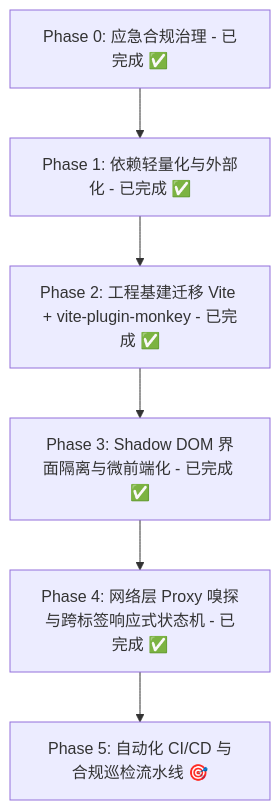
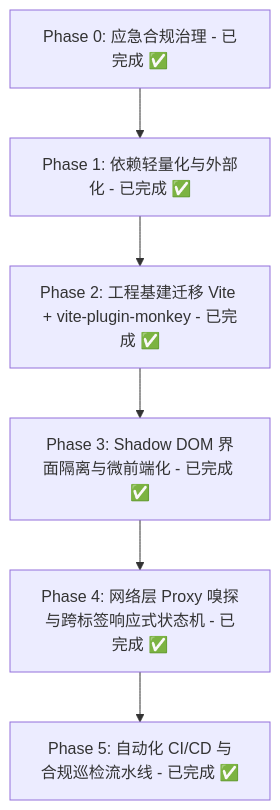
The diagram in TODO.md (Chris-C1108/Miss_Player), drawn with Mermaid before and after one commit. The commit also changed other lines of this file and 4 other files, not shown here.

Commit message:
feat(ci): 完成 Phase 5 自动化 CI/CD 与合规巡检流水线，接入 AST 门禁与 GitHub Actions 自动发版

````diff
--- a/TODO.md
+++ b/TODO.md
@@ -9,8 +9,8 @@
 ```mermaid
 flowchart TD
     P0[Phase 0: 应急合规治理 - 已完成 ✅] --> P1[Phase 1: 依赖轻量化与外部化 - 已完成 ✅]
     P1 --> P2[Phase 2: 工程基建迁移 Vite + vite-plugin-monkey - 已完成 ✅]
     P2 --> P3[Phase 3: Shadow DOM 界面隔离与微前端化 - 已完成 ✅]
     P3 --> P4[Phase 4: 网络层 Proxy 嗅探与跨标签响应式状态机 - 已完成 ✅]
-    P4 --> P5[Phase 5: 自动化 CI/CD 与合规巡检流水线 🎯]
+    P4 --> P5[Phase 5: 自动化 CI/CD 与合规巡检流水线 - 已完成 ✅]
 ```
````
